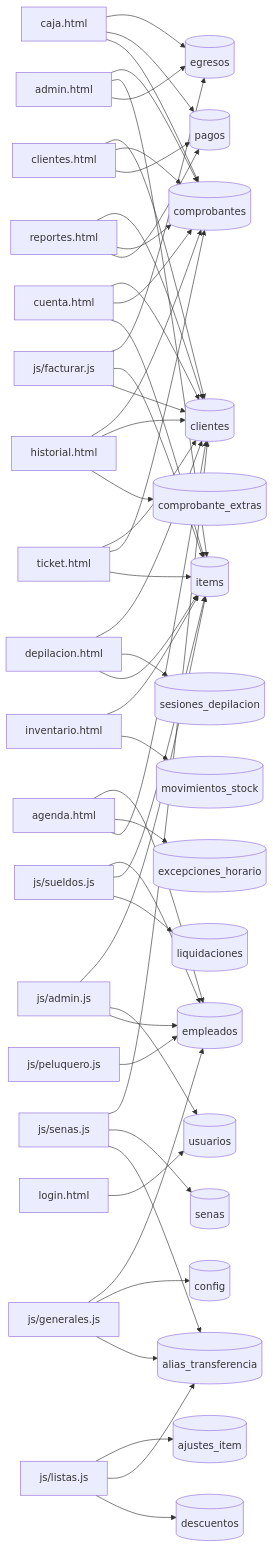
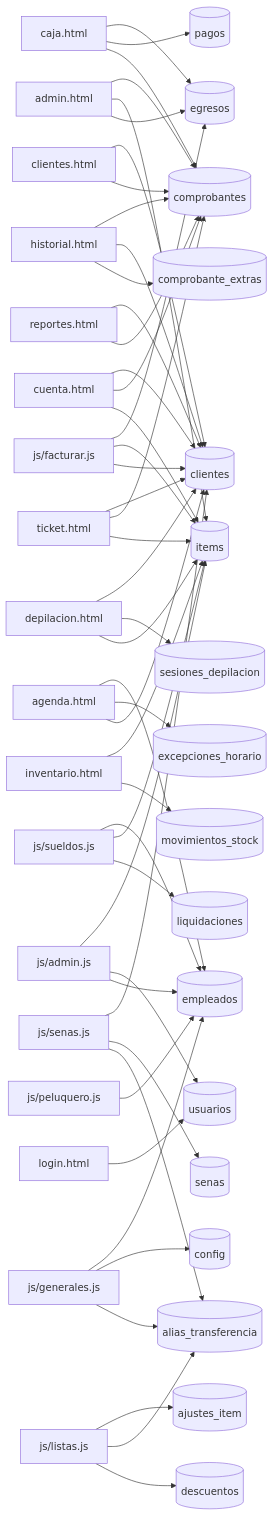
One commit to nicovazzoler/salon_ivana changed the second of 2 diagrams in ARQUITECTURA.md. Above: the diagram before and after it, drawn with Mermaid. The commit also changed other lines of this file, not shown here.

```diff
--- a/ARQUITECTURA.md
+++ b/ARQUITECTURA.md
@@ -51,7 +51,6 @@
   Pclienteshtml["clientes.html"]
   Pclienteshtml --> Tclientes
   Pclienteshtml --> Tcomprobantes
-  Pclienteshtml --> Tpagos
   Pcuentahtml["cuenta.html"]
   Pcuentahtml --> Tclientes
   Pcuentahtml --> Tcomprobantes
@@ -108,7 +107,6 @@
   Preporteshtml["reportes.html"]
   Preporteshtml --> Tclientes
   Preporteshtml --> Tcomprobantes
-  Preporteshtml --> Tpagos
   Ptickethtml["ticket.html"]
   Ptickethtml --> Tclientes
   Ptickethtml --> Tcomprobantes
```
